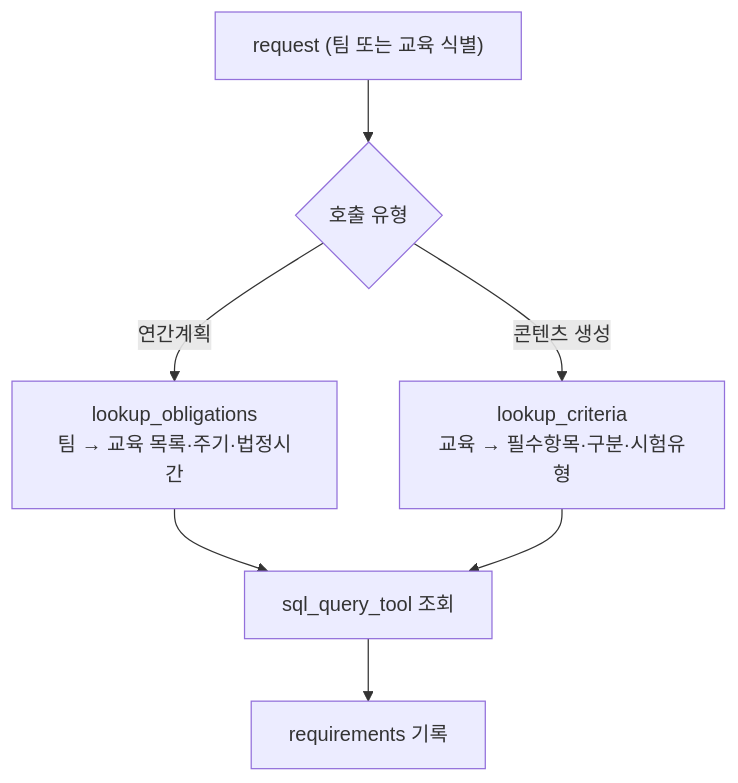
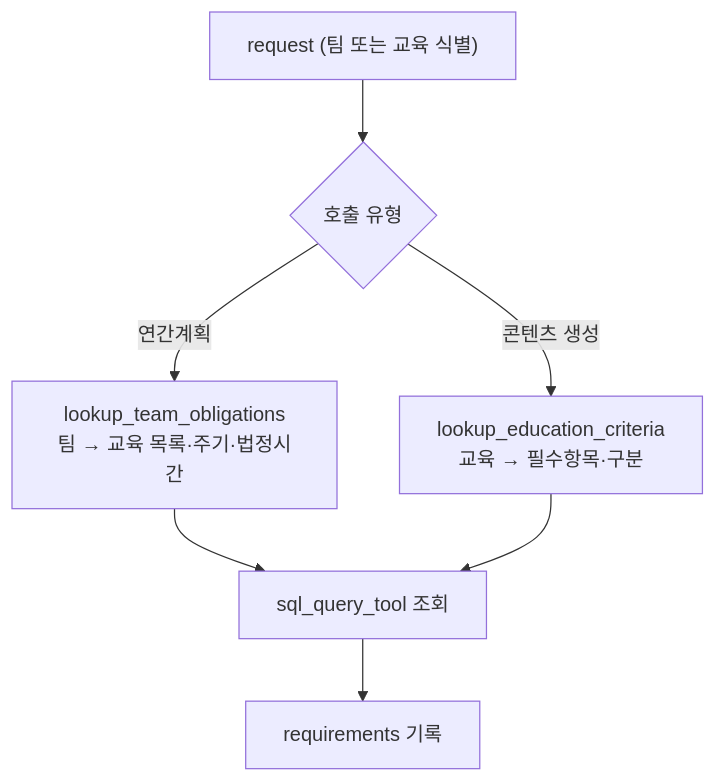
The third of 3 diagrams in docs/agents/compliance.md (Doc-AI-Agent-development/Doc-AI-Agent-development.github.io), drawn with Mermaid before and after one commit. The commit also changed other lines of this file and 8 other files, not shown here.

First line of the commit message:
Sync docs to current architecture (orchestrator split, flat schema)

````diff
--- a/docs/agents/compliance.md
+++ b/docs/agents/compliance.md
@@ -64,9 +64,9 @@
 ```mermaid
 flowchart TD
     REQ["request (팀 또는 교육 식별)"] --> D{"호출 유형"}
-    D -->|"연간계획"| OBL["lookup_obligations<br/>팀 → 교육 목록·주기·법정시간"]
-    D -->|"콘텐츠 생성"| CRI["lookup_criteria<br/>교육 → 필수항목·구분·시험유형"]
+    D -->|"연간계획"| OBL["lookup_team_obligations<br/>팀 → 교육 목록·주기·법정시간"]
+    D -->|"콘텐츠 생성"| CRI["lookup_education_criteria<br/>교육 → 필수항목·구분"]
     OBL --> TOOL["sql_query_tool 조회"]
     CRI --> TOOL
     TOOL --> OUT["requirements 기록"]
 ```
````
